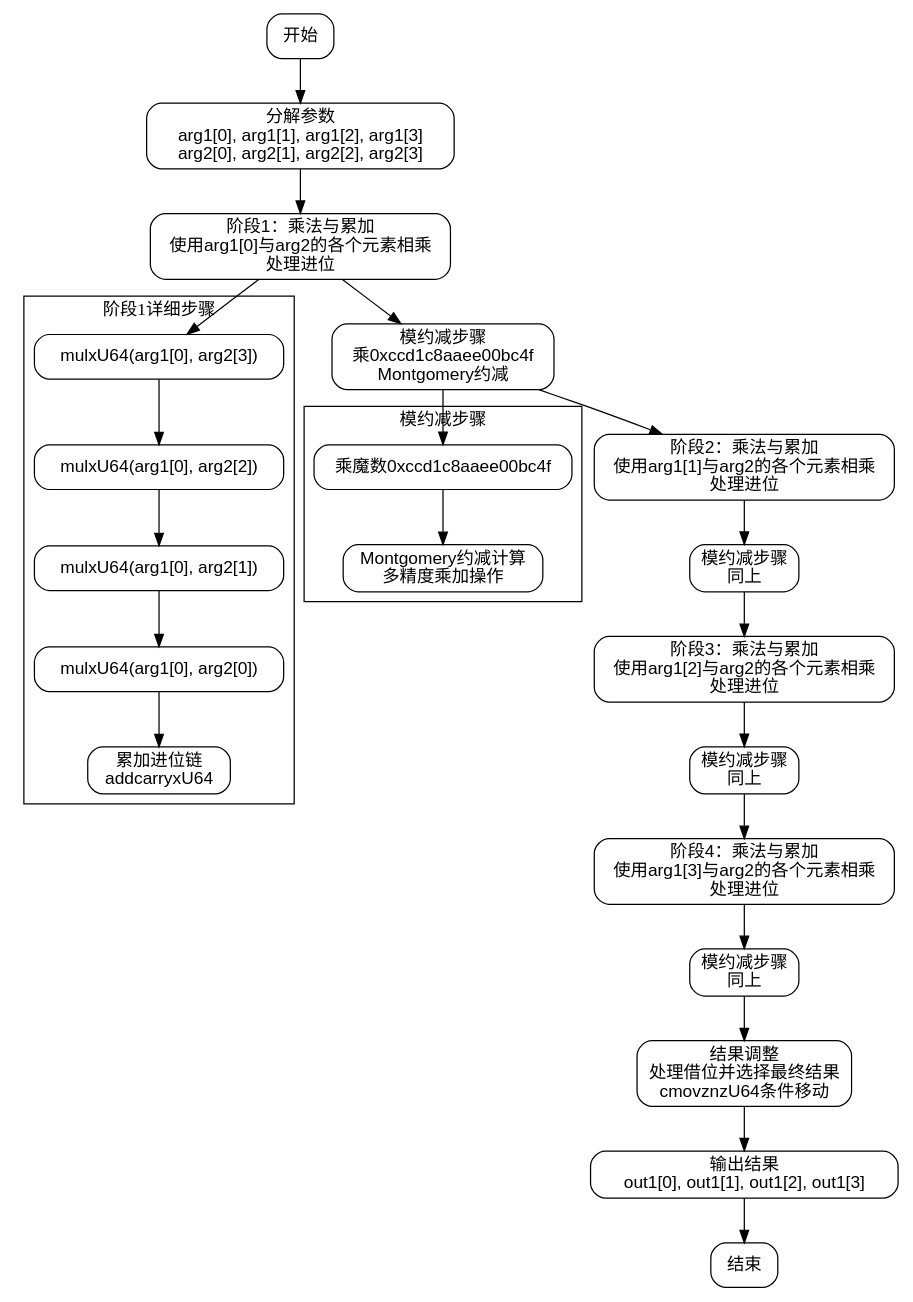
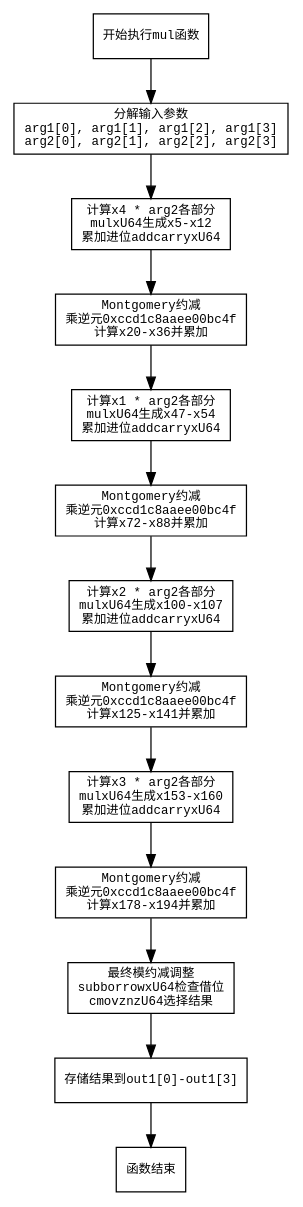
The diagram in dot_std/crypto/pcurves/p256/p256_scalar_64.zig.mul.md (sdzx-1/deepseek-zig-reader), drawn with Graphviz before and after one commit. The commit also changed other lines of this file and 236 other files, not shown here.

````diff
--- a/dot_std/crypto/pcurves/p256/p256_scalar_64.zig.mul.md
+++ b/dot_std/crypto/pcurves/p256/p256_scalar_64.zig.mul.md
@@ -33,55 +42,48 @@
-```dot
+```graphviz
 digraph flowchart {
-    node [shape=rectangle, style=rounded, fontname=Helvetica]
-    edge [fontname=Helvetica]
+    node [shape=rectangle, fontname="Courier", fontsize=10];
+    edge [fontname="Courier", fontsize=10];
 
-    start [label="开始"]
-    decompose_args [label="分解参数\narg1[0], arg1[1], arg1[2], arg1[3]\narg2[0], arg2[1], arg2[2], arg2[3]"]
-    stage1 [label="阶段1：乘法与累加\n使用arg1[0]与arg2的各个元素相乘\n处理进位"]
-    reduce1 [label="模约减步骤\n乘0xccd1c8aaee00bc4f\nMontgomery约减"]
-    stage2 [label="阶段2：乘法与累加\n使用arg1[1]与arg2的各个元素相乘\n处理进位"]
-    reduce2 [label="模约减步骤\n同上"]
-    stage3 [label="阶段3：乘法与累加\n使用arg1[2]与arg2的各个元素相乘\n处理进位"]
-    reduce3 [label="模约减步骤\n同上"]
-    stage4 [label="阶段4：乘法与累加\n使用arg1[3]与arg2的各个元素相乘\n处理进位"]
-    reduce4 [label="模约减步骤\n同上"]
-    adjust [label="结果调整\n处理借位并选择最终结果\ncmovznzU64条件移动"]
-    output [label="输出结果\nout1[0], out1[1], out1[2], out1[3]"]
-    end [label="结束"]
+    start [label="开始执行mul函数"];
+    decompose [label="分解输入参数\narg1[0], arg1[1], arg1[2], arg1[3]\narg2[0], arg2[1], arg2[2], arg2[3]"];
+    
+    // 处理x4（arg1[0]）部分
+    process_x4 [label="计算x4 * arg2各部分\nmulxU64生成x5-x12\n累加进位addcarryxU64"];
+    mont_reduce_x4 [label="Montgomery约减\n乘逆元0xccd1c8aaee00bc4f\n计算x20-x36并累加"];
+    
+    // 处理x1（arg1[1]）部分
+    process_x1 [label="计算x1 * arg2各部分\nmulxU64生成x47-x54\n累加进位addcarryxU64"];
+    mont_reduce_x1 [label="Montgomery约减\n乘逆元0xccd1c8aaee00bc4f\n计算x72-x88并累加"];
+    
+    // 处理x2（arg1[2]）部分
+    process_x2 [label="计算x2 * arg2各部分\nmulxU64生成x100-x107\n累加进位addcarryxU64"];
+    mont_reduce_x2 [label="Montgomery约减\n乘逆元0xccd1c8aaee00bc4f\n计算x125-x141并累加"];
+    
+    // 处理x3（arg1[3]）部分
+    process_x3 [label="计算x3 * arg2各部分\nmulxU64生成x153-x160\n累加进位addcarryxU64"];
+    mont_reduce_x3 [label="Montgomery约减\n乘逆元0xccd1c8aaee00bc4f\n计算x178-x194并累加"];
+    
+    // 最终调整
+    final_adjust [label="最终模约减调整\nsubborrowxU64检查借位\ncmovznzU64选择结果"];
+    output [label="存储结果到out1[0]-out1[3]"];
+    end [label="函数结束"];
 
-    start -> decompose_args
-    decompose_args -> stage1
-    stage1 -> reduce1
-    reduce1 -> stage2
-    stage2 -> reduce2
-    reduce2 -> stage3
-    stage3 -> reduce3
-    reduce3 -> stage4
-    stage4 -> reduce4
-    reduce4 -> adjust
-    adjust -> output
-    output -> end
-
-    // 内部操作细节（示例展开）
-    subgraph cluster_stage1 {
-        label="阶段1详细步骤"
-        s1_mul0 [label="mulxU64(arg1[0], arg2[3])"]
-        s1_mul1 [label="mulxU64(arg1[0], arg2[2])"]
-        s1_mul2 [label="mulxU64(arg1[0], arg2[1])"]
-        s1_mul3 [label="mulxU64(arg1[0], arg2[0])"]
-        s1_add [label="累加进位链\naddcarryxU64"]
-        s1_mul0 -> s1_mul1 -> s1_mul2 -> s1_mul3 -> s1_add
-    }
-
-    subgraph cluster_reduce1 {
-        label="模约减步骤"
-        r1_mul [label="乘魔数0xccd1c8aaee00bc4f"]
-        r1_red [label="Montgomery约减计算\n多精度乘加操作"]
-        r1_mul -> r1_red
-    }
-
-    // 连接子图
-    stage1 -> s1_mul0 [lhead=cluster_stage1]
-    reduce1 -> r1_mul [lhead=cluster_reduce1]
+    start -> decompose;
+    decompose -> process_x4;
+    
+    process_x4 -> mont_reduce_x4;
+    mont_reduce_x4 -> process_x1;
+    
+    process_x1 -> mont_reduce_x1;
+    mont_reduce_x1 -> process_x2;
+    
+    process_x2 -> mont_reduce_x2;
+    mont_reduce_x2 -> process_x3;
+    
+    process_x3 -> mont_reduce_x3;
+    mont_reduce_x3 -> final_adjust;
+    
+    final_adjust -> output;
+    output -> end;
 }
 ```
````
